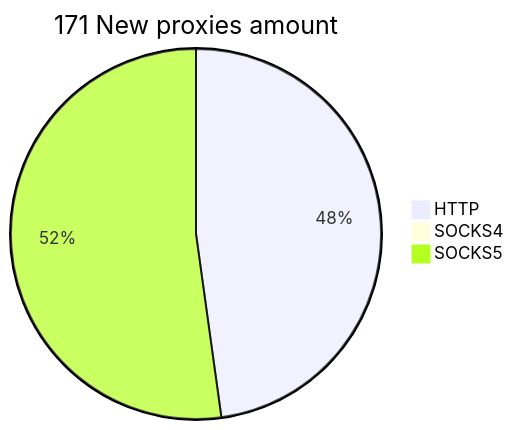
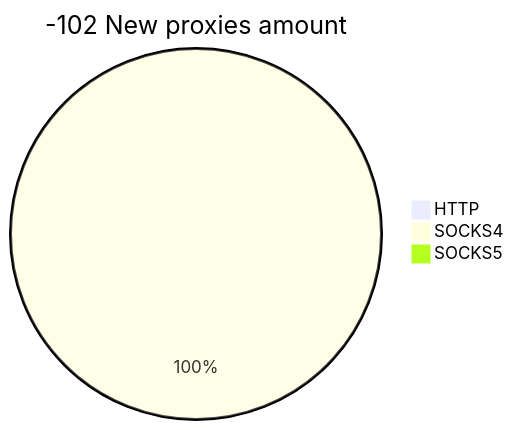
Before and after one commit to cutipu/proxylist: the second of 2 diagrams in README.md, drawn with Mermaid. The commit also changed other lines of this file, not shown here.

````diff
--- a/README.md
+++ b/README.md
@@ -10,6 +10,6 @@
 ```mermaid
-pie title 171 New proxies amount
-    "HTTP" : 109
-    "SOCKS4" : 0
-    "SOCKS5" : 119
+pie title -102 New proxies amount
+    "HTTP" : 0
+    "SOCKS4" : 1
+    "SOCKS5" : 0
 ```
````
